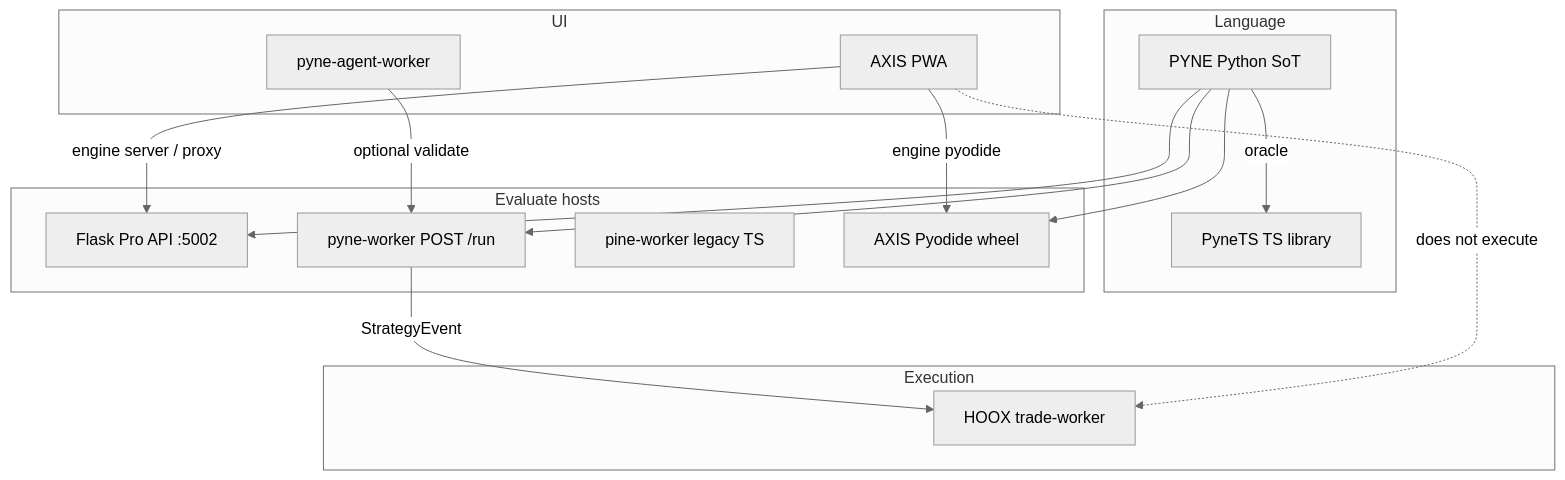
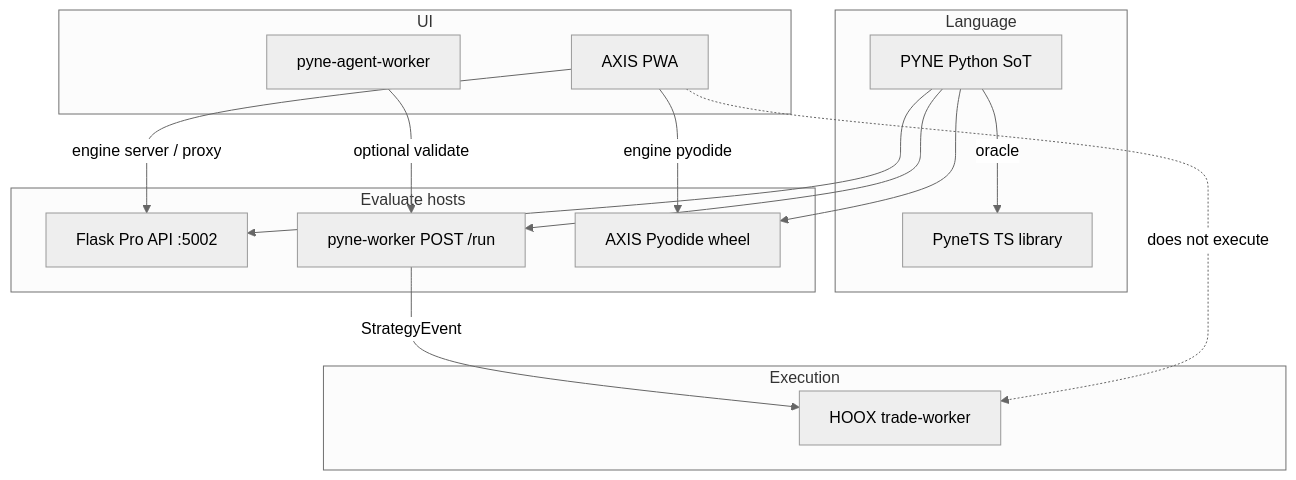
The diagram in docs/pyne/reference/ecosystem.mdx (hoox-sh/pyne), drawn with Mermaid (neutral theme) before and after one commit. The commit also changed other lines of this file and 34 other files, not shown here.

First line of the commit message:
docs: replace pine-worker pages with pyne-worker, agent, and PyneTS

````diff
--- a/docs/pyne/reference/ecosystem.mdx
+++ b/docs/pyne/reference/ecosystem.mdx
@@ -45,29 +44,28 @@
 ```mermaid
 flowchart TB
   subgraph Language
     PYNE[PYNE Python SoT]
     PYNETS[PyneTS TS library]
     PYNE -->|oracle| PYNETS
   end
   subgraph Evaluate hosts
     PRO[Flask Pro API :5002]
     PYW[pyne-worker POST /run]
-    PW[pine-worker legacy TS]
     PYODIDE[AXIS Pyodide wheel]
     PYNE --> PRO
     PYNE --> PYW
     PYNE --> PYODIDE
   end
   subgraph UI
     AXIS[AXIS PWA]
     AGENT[pyne-agent-worker]
   end
   subgraph Execution
     HOOX[HOOX trade-worker]
   end
   AXIS -->|engine server / proxy| PRO
   AXIS -->|engine pyodide| PYODIDE
   AGENT -->|optional validate| PYW
   PYW -->|StrategyEvent| HOOX
   AXIS -.->|does not execute| HOOX
 ```
````
